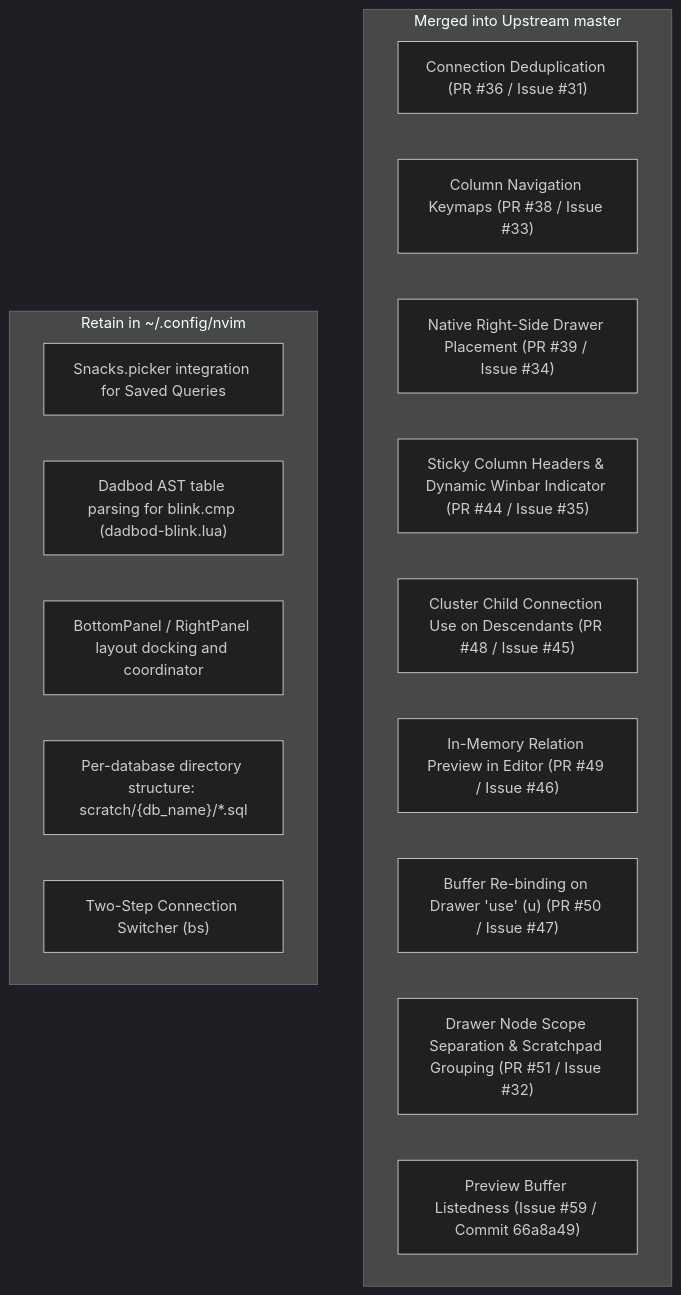
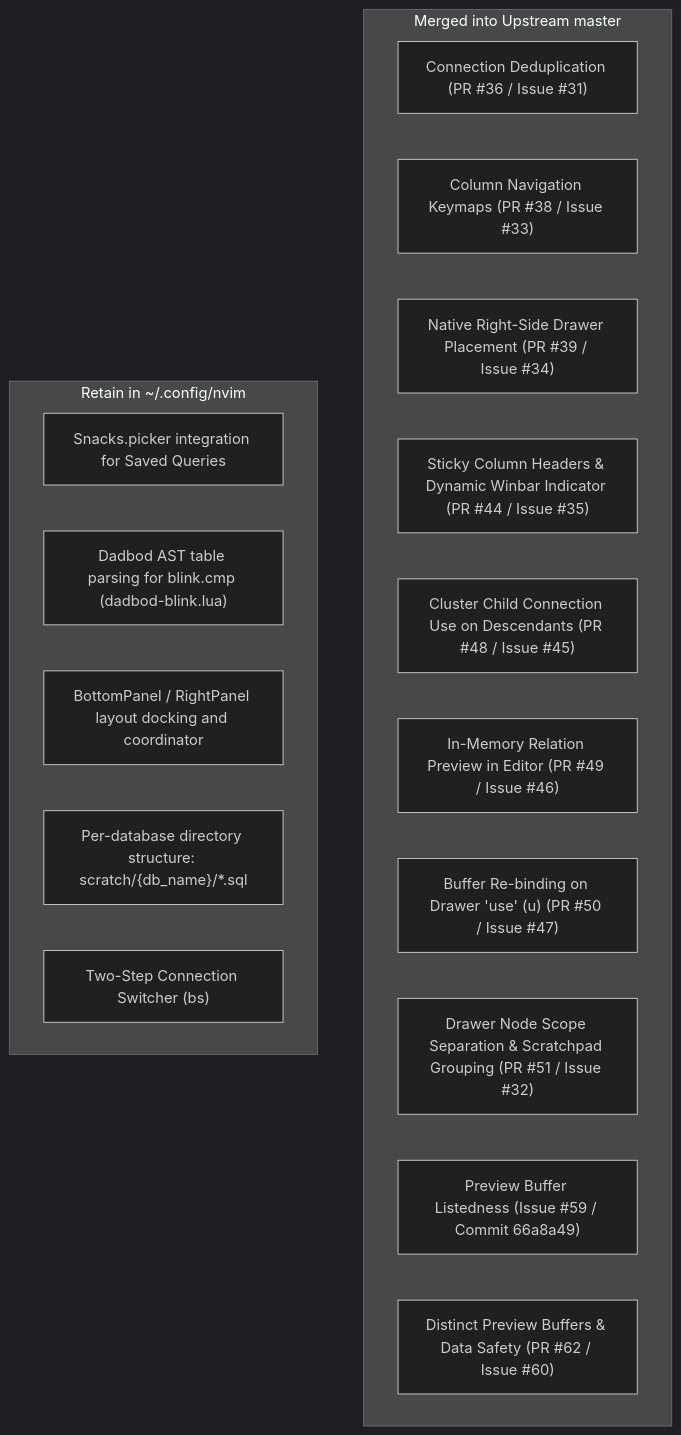
One commit to george-tk/nvim changed the diagram in database_agent.md. Above: the diagram before and after it, drawn with Mermaid (dark theme). The commit also changed other lines of this file and 8 other files, not shown here.

````diff
--- a/database_agent.md
+++ b/database_agent.md
@@ -36,22 +36,23 @@
 ```mermaid
 flowchart TD
     subgraph Resolved Upstream [Merged into Upstream master]
         A["Connection Deduplication (PR #36 / Issue #31)"]
         C["Column Navigation Keymaps (PR #38 / Issue #33)"]
         I["Native Right-Side Drawer Placement (PR #39 / Issue #34)"]
         D["Sticky Column Headers & Dynamic Winbar Indicator (PR #44 / Issue #35)"]
         J["Cluster Child Connection Use on Descendants (PR #48 / Issue #45)"]
         K["In-Memory Relation Preview in Editor (PR #49 / Issue #46)"]
         L["Buffer Re-binding on Drawer 'use' (u) (PR #50 / Issue #47)"]
         B["Drawer Node Scope Separation & Scratchpad Grouping (PR #51 / Issue #32)"]
         N["Preview Buffer Listedness (Issue #59 / Commit 66a8a49)"]
+        O["Distinct Preview Buffers & Data Safety (PR #62 / Issue #60)"]
     end
 
     subgraph User Config Integrations [Retain in ~/.config/nvim]
         E["Snacks.picker integration for Saved Queries"]
         F["Dadbod AST table parsing for blink.cmp (dadbod-blink.lua)"]
         G["BottomPanel / RightPanel layout docking and coordinator"]
         H["Per-database directory structure: scratch/{db_name}/*.sql"]
         M["Two-Step Connection Switcher (<leader>bs)"]
     end
 ```
````
